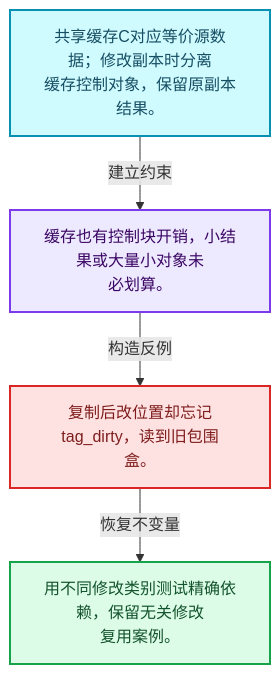
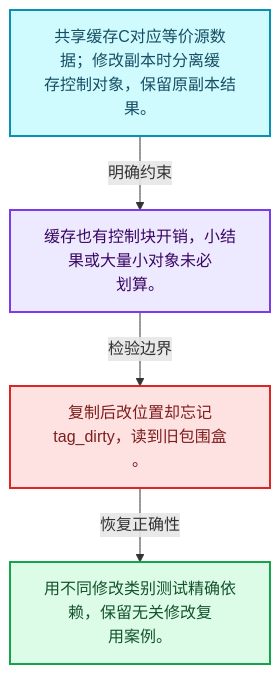
One commit to yunkezengren/blender-.vscode changed the first of 4 diagrams in 杂/markdown/全面学习-codex/06-隐式共享与缓存系统/07-SharedCache跨对象复用.md. Above: the diagram before and after it, drawn with Mermaid. The commit also changed other lines of this file and 1930 other files, not shown here.

````diff
--- a/杂/markdown/全面学习-codex/06-隐式共享与缓存系统/07-SharedCache跨对象复用.md
+++ b/杂/markdown/全面学习-codex/06-隐式共享与缓存系统/07-SharedCache跨对象复用.md
@@ -29,16 +29,16 @@
 ```mermaid
 flowchart TB
-  M["共享缓存C对应等价源数据；修改副本时分离<br/>缓存控制对象，保留原副本结果。"]:::data
-  T["缓存也有控制块开销，小结果或大量小对象未<br/>必划算。"]:::abstraction
-  X["复制后改位置却忘记tag_dirty，读到旧包围<br/>盒。"]:::error
-  A["用不同修改类别测试精确依赖，保留无关修改<br/>复用案例。"]:::result
-  M -->|"建立约束"| T
-  T -->|"构造反例"| X
-  X -->|"恢复不变量"| A
+  M["共享缓存C对应等价源数据；修改副本时分离缓<br/>存控制对象，保留原副本结果。"]:::data
+  C["缓存也有控制块开销，小结果或大量小对象未必<br/>划算。"]:::abstraction
+  B["复制后改位置却忘记tag_dirty，读到旧包围盒<br/>。"]:::error
+  R["用不同修改类别测试精确依赖，保留无关修改复<br/>用案例。"]:::result
+  M -->|"明确约束"| C
+  C -->|"检验边界"| B
+  B -->|"恢复正确性"| R
   classDef input fill:#DBEAFE,stroke:#2563EB,color:#172554,stroke-width:2px;
   classDef data fill:#CFFAFE,stroke:#0891B2,color:#164E63,stroke-width:2px;
   classDef abstraction fill:#EDE9FE,stroke:#7C3AED,color:#3B0764,stroke-width:2px;
   classDef compute fill:#FEF3C7,stroke:#D97706,color:#78350F,stroke-width:2px;
   classDef result fill:#DCFCE7,stroke:#16A34A,color:#14532D,stroke-width:2px;
   classDef error fill:#FEE2E2,stroke:#DC2626,color:#7F1D1D,stroke-width:2px;
 ```
````
